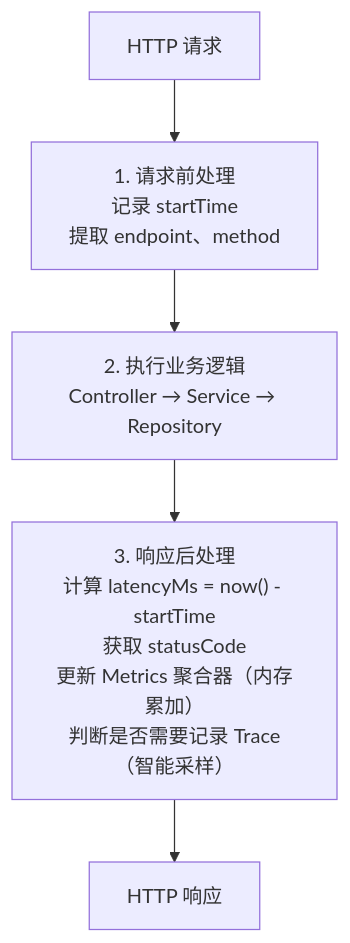
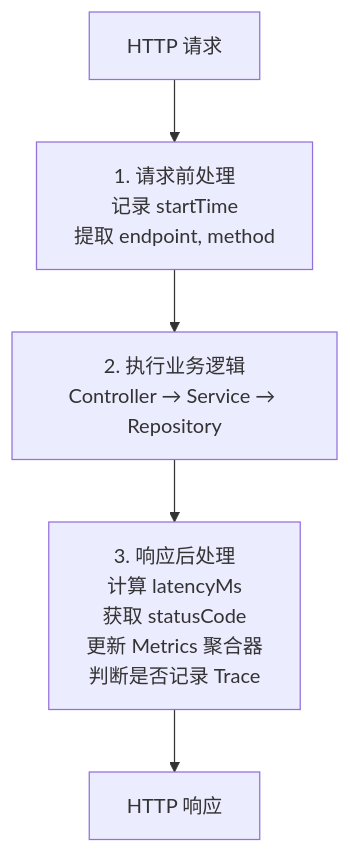
One commit to readmigo/docs changed the third of 6 diagrams in 05-operations/monitoring/api-performance-collection.md. Above: the diagram before and after it, drawn with Mermaid. The commit also changed other lines of this file and 27 other files, not shown here.

First line of the commit message:
audit: remove code snippets, update to 2-env architecture across operations and pipeline docs

````diff
--- a/05-operations/monitoring/api-performance-collection.md
+++ b/05-operations/monitoring/api-performance-collection.md
@@ -65,7 +61,7 @@
 ```mermaid
 graph TD
-    A["HTTP 请求"] --> B["1. 请求前处理<br>记录 startTime<br>提取 endpoint、method"]
+    A["HTTP 请求"] --> B["1. 请求前处理<br>记录 startTime<br>提取 endpoint, method"]
     B --> C["2. 执行业务逻辑<br>Controller → Service → Repository"]
-    C --> D["3. 响应后处理<br>计算 latencyMs = now() - startTime<br>获取 statusCode<br>更新 Metrics 聚合器（内存累加）<br>判断是否需要记录 Trace（智能采样）"]
+    C --> D["3. 响应后处理<br>计算 latencyMs<br>获取 statusCode<br>更新 Metrics 聚合器<br>判断是否记录 Trace"]
     D --> E["HTTP 响应"]
 ```
````
